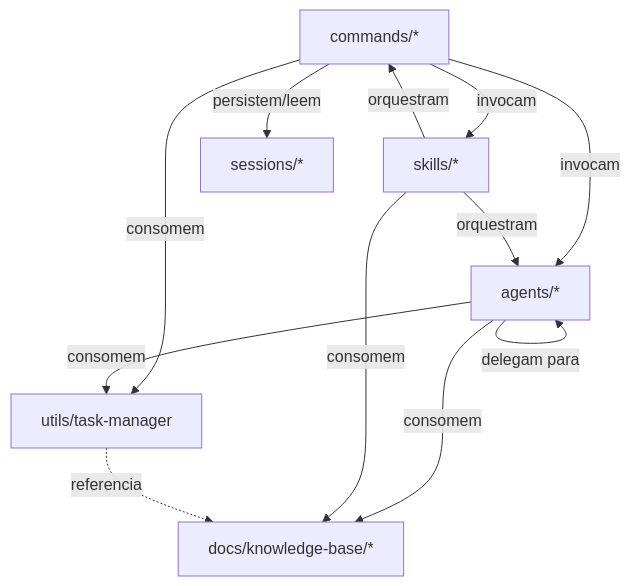
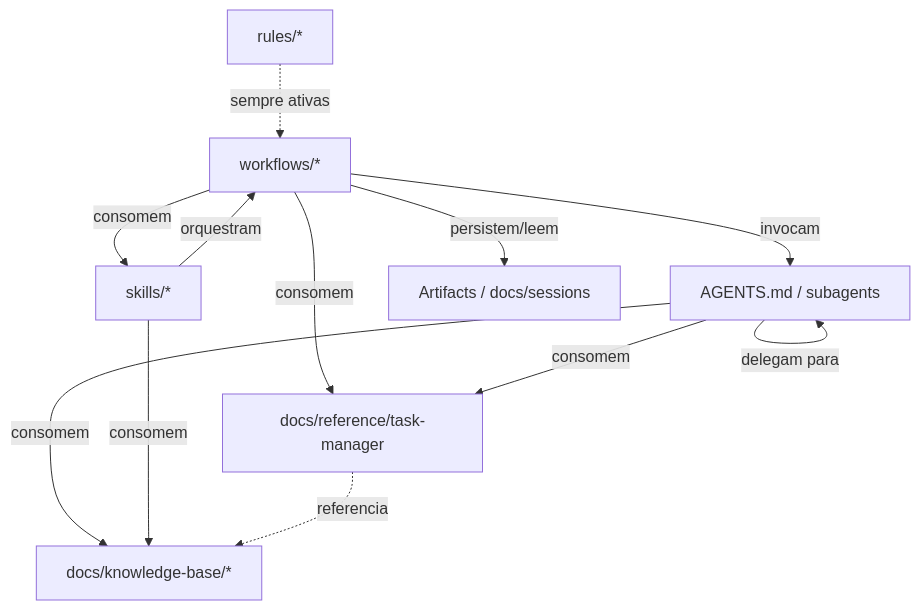
One commit to marciocar/onion-antigravity changed the diagram in docs/meta-specs/architecture.md. Above: the diagram before and after it, drawn with Mermaid. The commit also changed other lines of this file and 139 other files, not shown here.

````diff
--- a/docs/meta-specs/architecture.md
+++ b/docs/meta-specs/architecture.md
@@ -162,24 +149,24 @@
 ```mermaid
 graph TD
-    Commands[commands/*]
-    Agents[agents/*]
+    Workflows[workflows/*]
+    Personas[AGENTS.md / subagents]
     Skills[skills/*]
-    Utils[utils/task-manager]
+    Rules[rules/*]
+    Reference[docs/reference/task-manager]
     Docs[docs/knowledge-base/*]
-    Sessions[sessions/*]
+    Artifacts[Artifacts / docs/sessions]
 
-    Commands -->|invocam| Agents
-    Commands -->|invocam| Skills
-    Commands -->|consomem| Utils
-    Commands -->|persistem/leem| Sessions
+    Workflows -->|invocam| Personas
+    Workflows -->|consomem| Skills
+    Workflows -->|consomem| Reference
+    Workflows -->|persistem/leem| Artifacts
 
-    Agents -->|consomem| Docs
-    Agents -->|consomem| Utils
-    Agents -->|delegam para| Agents
+    Personas -->|consomem| Docs
+    Personas -->|consomem| Reference
+    Personas -->|delegam para| Personas
 
-    Skills -->|orquestram| Commands
-    Skills -->|orquestram| Agents
+    Skills -->|orquestram| Workflows
     Skills -->|consomem| Docs
-
-    Utils -.->|referencia| Docs
+    Rules -.->|sempre ativas| Workflows
+    Reference -.->|referencia| Docs
 ```
````
